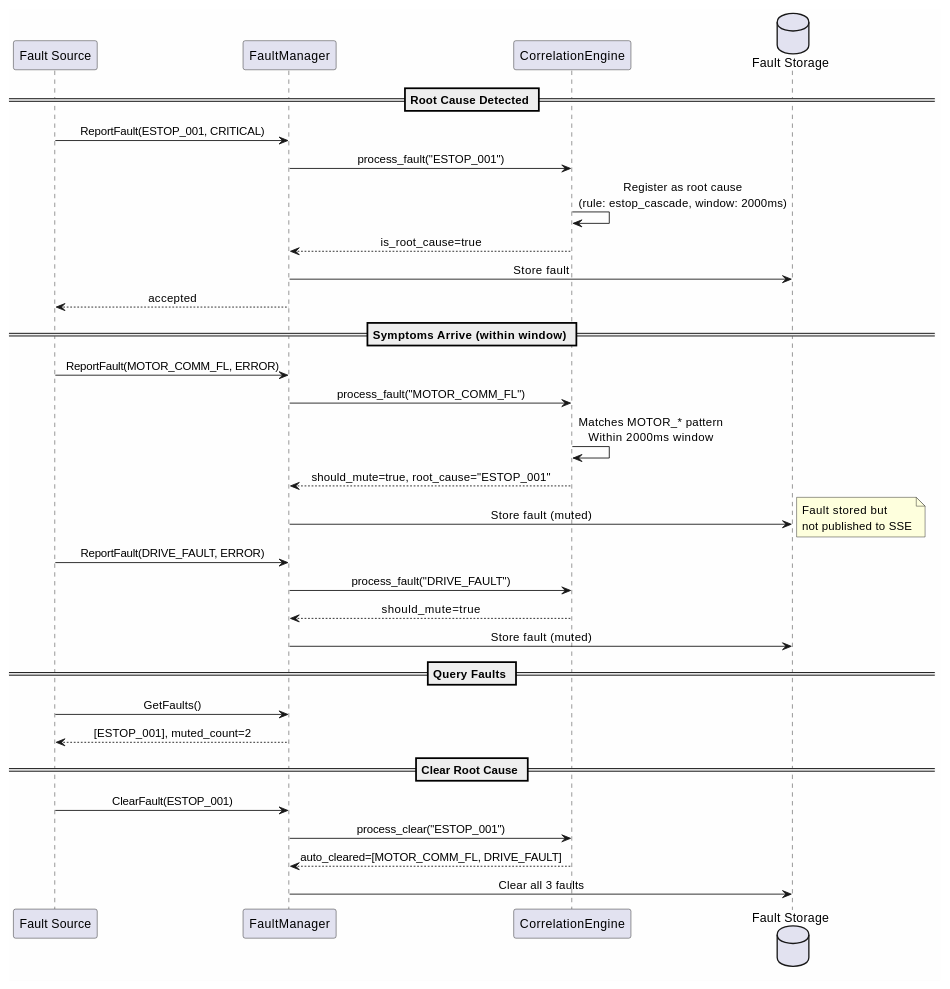
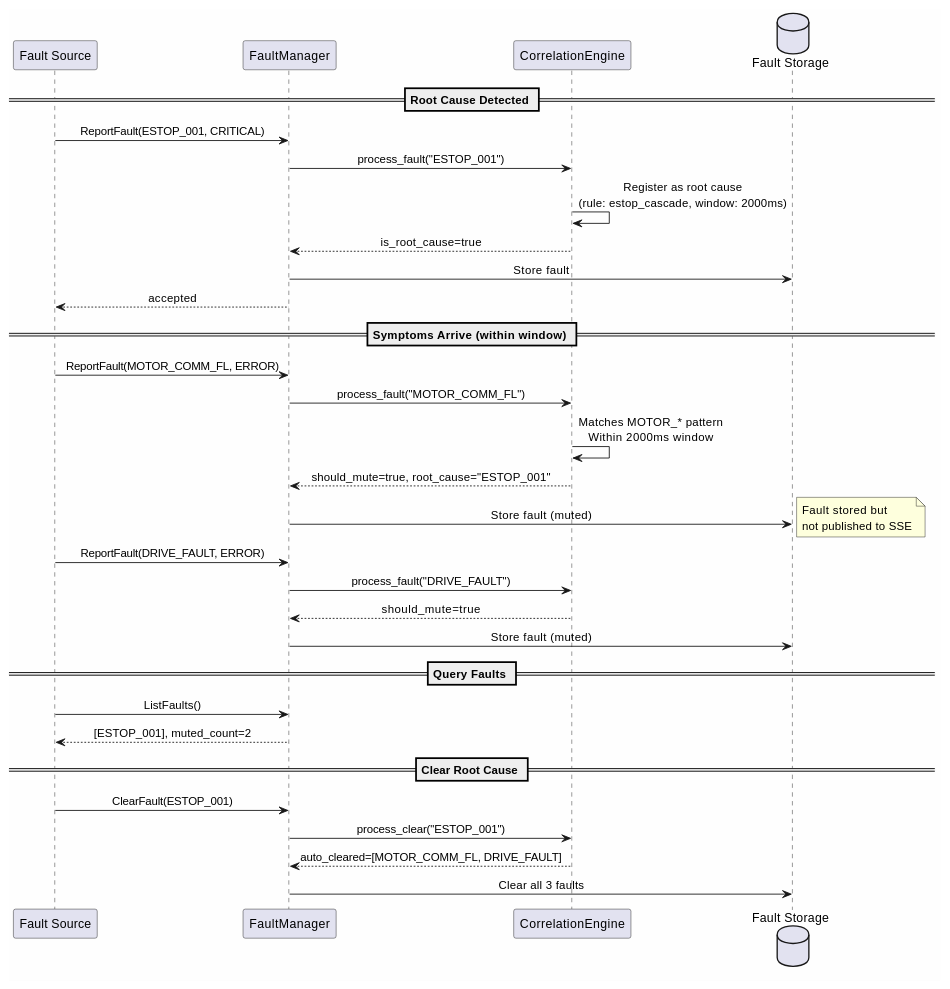
The first of 2 diagrams in docs/tutorials/fault-correlation.rst (eclipse0922/ros2_medkit), drawn with PlantUML before and after one commit. The commit also changed other lines of this file and 29 other files, not shown here.

First line of the commit message:
refactor: rename GetFaults → ListFaults and GetRosbags → ListRosbags

```diff
--- a/docs/tutorials/fault-correlation.rst
+++ b/docs/tutorials/fault-correlation.rst
@@ -38,42 +38,42 @@
 .. uml::
 
    @startuml
    skinparam backgroundColor #FEFEFE
    skinparam sequenceMessageAlign center
 
    participant "Fault Source" as src
    participant "FaultManager" as fm
    participant "CorrelationEngine" as ce
    database "Fault Storage" as db
 
    == Root Cause Detected ==
    src -> fm: ReportFault(ESTOP_001, CRITICAL)
    fm -> ce: process_fault("ESTOP_001")
    ce -> ce: Register as root cause\n(rule: estop_cascade, window: 2000ms)
    ce --> fm: is_root_cause=true
    fm -> db: Store fault
    fm --> src: accepted
 
    == Symptoms Arrive (within window) ==
    src -> fm: ReportFault(MOTOR_COMM_FL, ERROR)
    fm -> ce: process_fault("MOTOR_COMM_FL")
    ce -> ce: Matches MOTOR_* pattern\nWithin 2000ms window
    ce --> fm: should_mute=true, root_cause="ESTOP_001"
    fm -> db: Store fault (muted)
    note right: Fault stored but\nnot published to SSE
 
    src -> fm: ReportFault(DRIVE_FAULT, ERROR)
    fm -> ce: process_fault("DRIVE_FAULT")
    ce --> fm: should_mute=true
    fm -> db: Store fault (muted)
 
    == Query Faults ==
-   src -> fm: GetFaults()
+   src -> fm: ListFaults()
    fm --> src: [ESTOP_001], muted_count=2
 
    == Clear Root Cause ==
    src -> fm: ClearFault(ESTOP_001)
    fm -> ce: process_clear("ESTOP_001")
    ce --> fm: auto_cleared=[MOTOR_COMM_FL, DRIVE_FAULT]
    fm -> db: Clear all 3 faults
    @enduml
```
